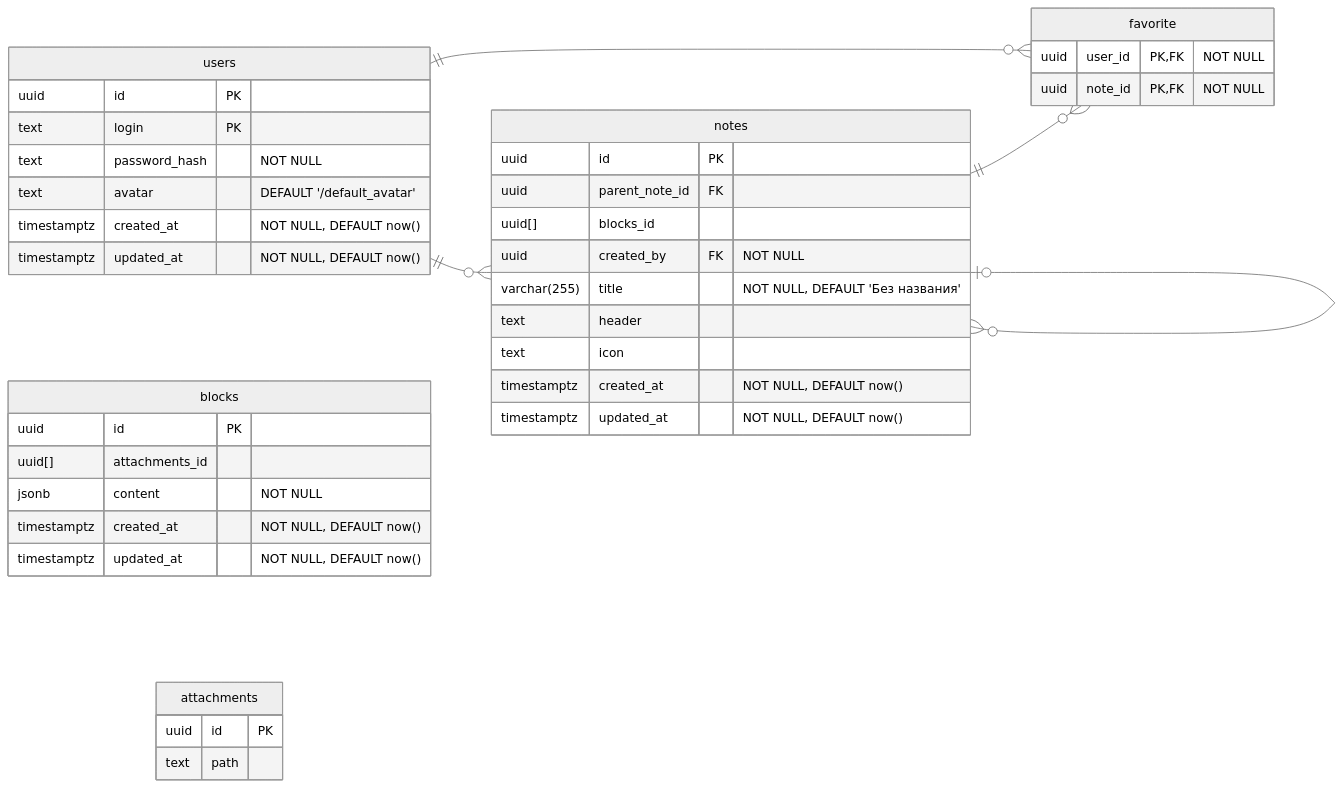
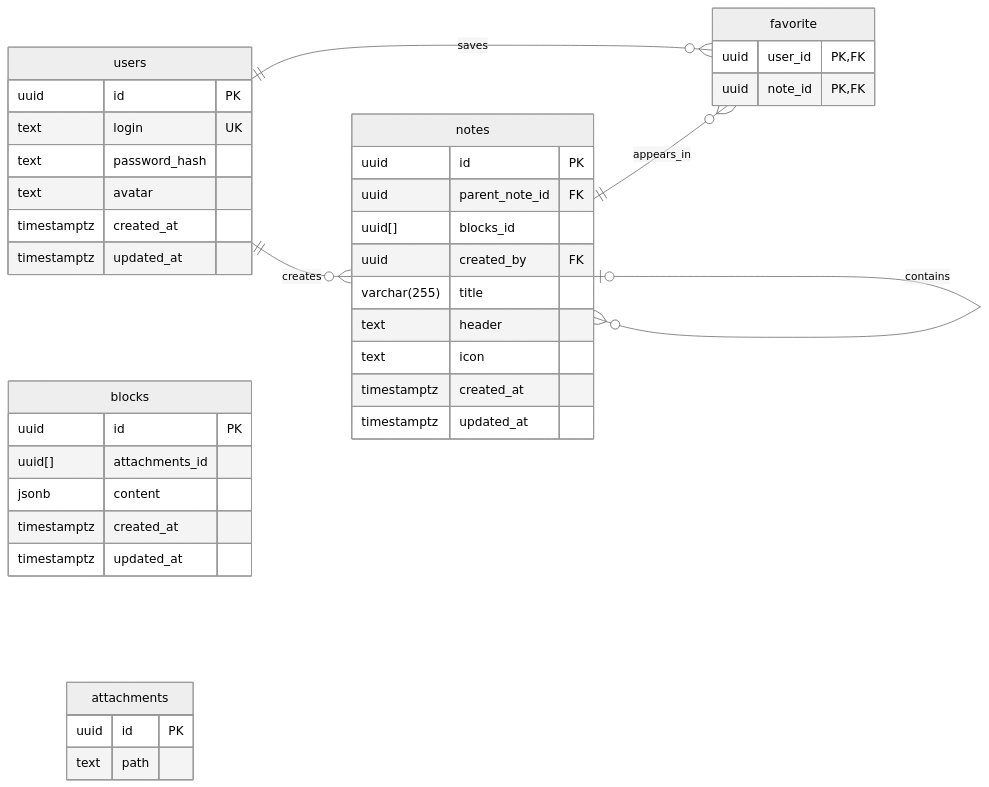
The diagram in README.md (go-park-mail-ru/2026_2_BNN), drawn with Mermaid (neutral theme) before and after one commit. The commit also changed other lines of this file, not shown here.

````diff
--- a/README.md
+++ b/README.md
@@ -50,49 +99,48 @@
-``` mermaid
+```mermaid
 erDiagram
     direction LR
 
     users {
         uuid id PK
-        text login PK
-        text password_hash "NOT NULL"
-        text avatar "DEFAULT '/default_avatar'"
-        timestamptz created_at "NOT NULL, DEFAULT now()"
-        timestamptz updated_at "NOT NULL, DEFAULT now()"
+        text login UK
+        text password_hash
+        text avatar
+        timestamptz created_at
+        timestamptz updated_at
     }
 
     notes {
         uuid id PK
         uuid parent_note_id FK
         uuid[] blocks_id
-        uuid created_by FK "NOT NULL"
-        varchar(255) title "NOT NULL, DEFAULT 'Без названия'"
+        uuid created_by FK
+        varchar(255) title
         text header
         text icon
-        timestamptz created_at "NOT NULL, DEFAULT now()"
-        timestamptz updated_at "NOT NULL, DEFAULT now()"
+        timestamptz created_at
+        timestamptz updated_at
     }
 
     favorite {
-        uuid user_id PK, FK "NOT NULL"
-        uuid note_id PK, FK "NOT NULL"
+        uuid user_id PK, FK
+        uuid note_id PK, FK
     }
 
     blocks {
         uuid id PK
         uuid[] attachments_id
-        jsonb content "NOT NULL"
-        timestamptz created_at "NOT NULL, DEFAULT now()"
-        timestamptz updated_at "NOT NULL, DEFAULT now()"
+        jsonb content
+        timestamptz created_at
+        timestamptz updated_at
     }
 
     attachments {
         uuid id PK
         text path
     }
 
-    users ||--o{ notes : ""
-    notes o|--o{ notes : ""
-    users ||--o{ favorite : ""
-    notes ||--o{ favorite : ""
-
+    users ||--o{ notes : creates
+    notes o|--o{ notes : contains
+    users ||--o{ favorite : saves
+    notes ||--o{ favorite : appears_in
 ```
````
